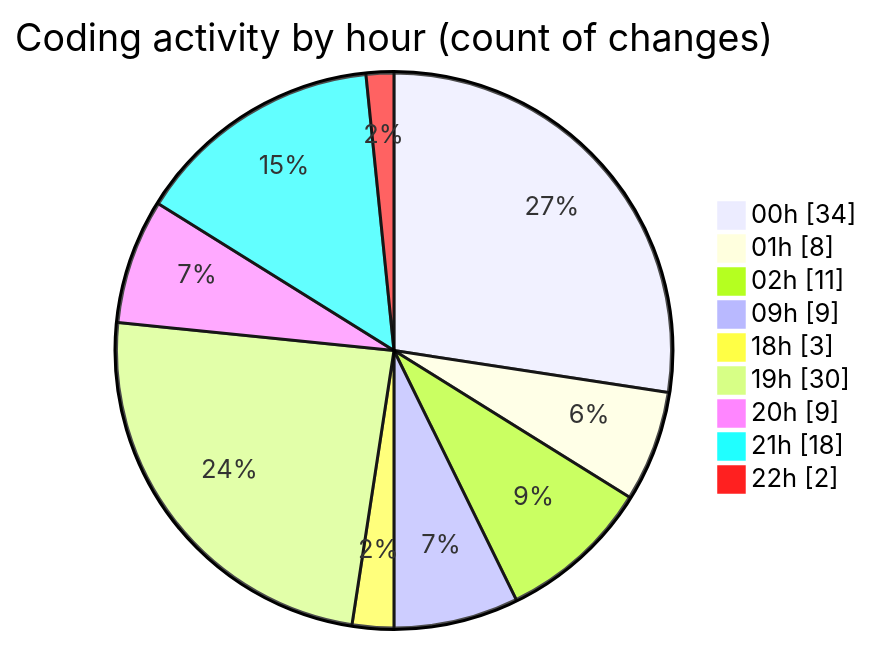
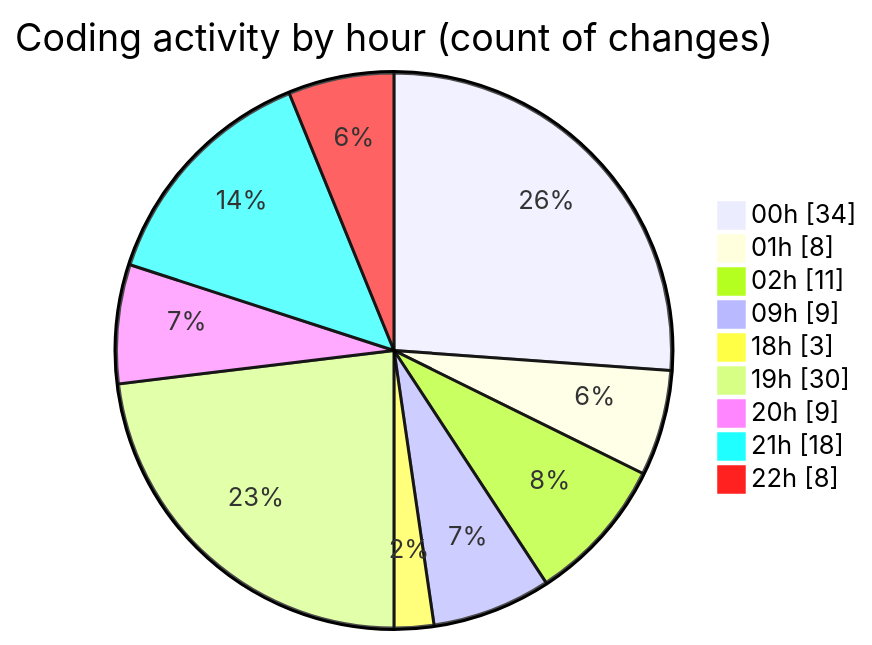
Before and after one commit to Elitesun/code-tracking: the second of 2 diagrams in 2025-05-18/niten/README.md, drawn with Mermaid. The commit also changed other lines of this file and 1 other file, not shown here.

````diff
--- a/2025-05-18/niten/README.md
+++ b/2025-05-18/niten/README.md
@@ -70,13 +70,13 @@
 ```mermaid
 pie showData
 title Coding activity by hour (count of changes)
 "00h" : 34
 "01h" : 8
 "02h" : 11
 "09h" : 9
 "18h" : 3
 "19h" : 30
 "20h" : 9
 "21h" : 18
-"22h" : 2
+"22h" : 8
 ```
````
